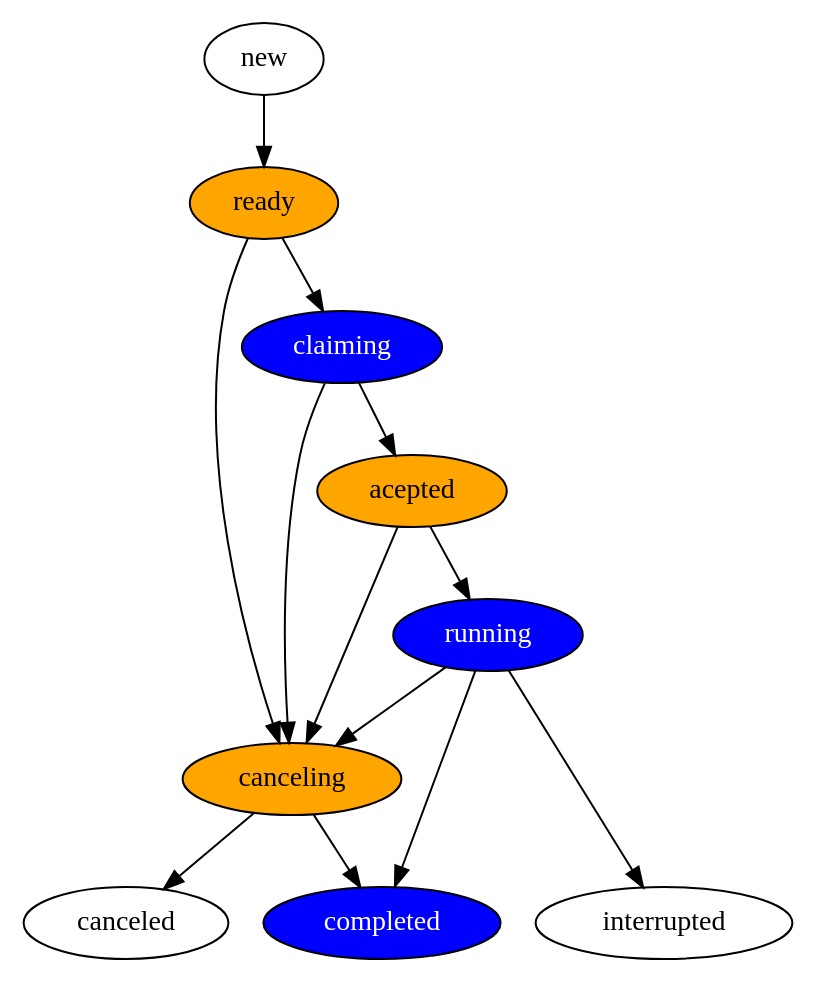
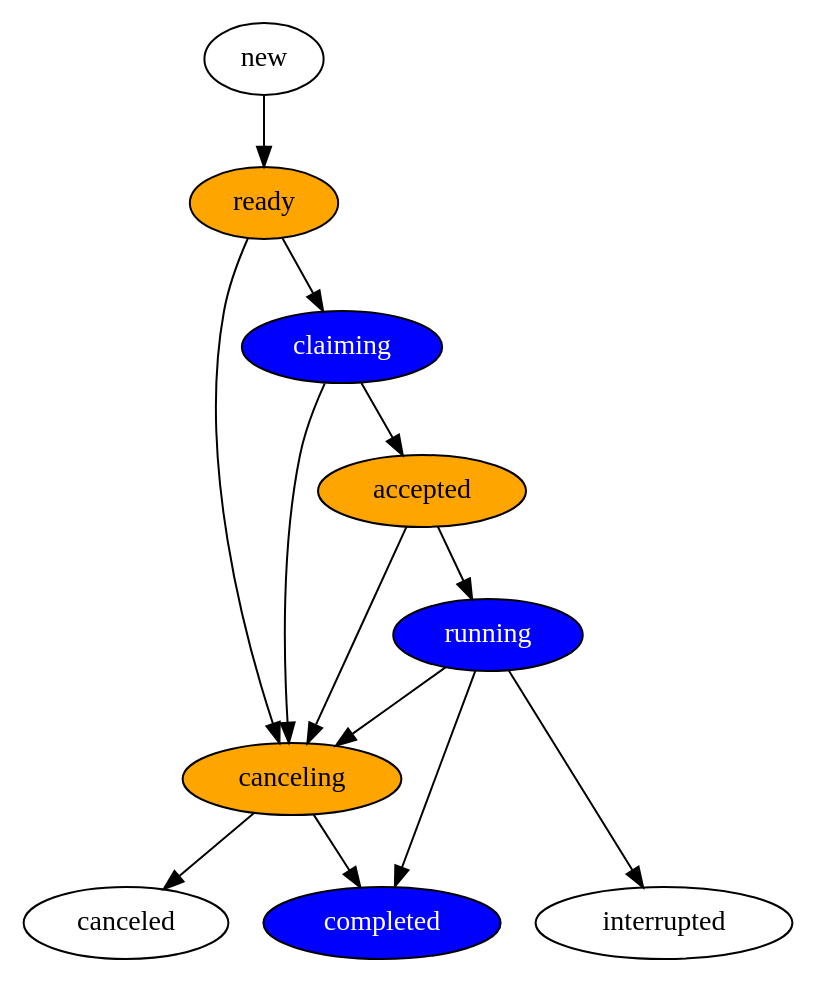
The diagram in imageinput/lebenszyklus-arbeitspaket.dot (RonnyPfannschmidt-Attic/thesis-writing), drawn with Graphviz before and after one commit.

Commit message:
image fix

```diff
--- a/imageinput/lebenszyklus-arbeitspaket.dot
+++ b/imageinput/lebenszyklus-arbeitspaket.dot
@@ -1,28 +1,28 @@
 digraph arbeitspacket {
     new -> ready;
     running -> completed;
     ready-> canceling;
     claiming -> canceling; 
-    acepted -> canceling;
-    ready -> claiming -> acepted -> running;
+    accepted -> canceling;
+    ready -> claiming -> accepted -> running;
     running -> canceling;
 
     subgraph final {
         rank="same";
         canceled;
         completed;
         interrupted;
     }
 
     canceling -> canceled;
     canceling -> completed;
     running -> interrupted;
 
 
     canceling [style=filled,fillcolor=orange];
     ready [style=filled,fillcolor=orange];
     claiming [style=filled,fillcolor=blue,fontcolor=white];
-    acepted [style=filled,fillcolor=orange];
+    accepted [style=filled,fillcolor=orange];
     running [style=filled,fillcolor=blue,fontcolor=white];
     completed [style=filled,fillcolor=blue,fontcolor=white];
 }
```
